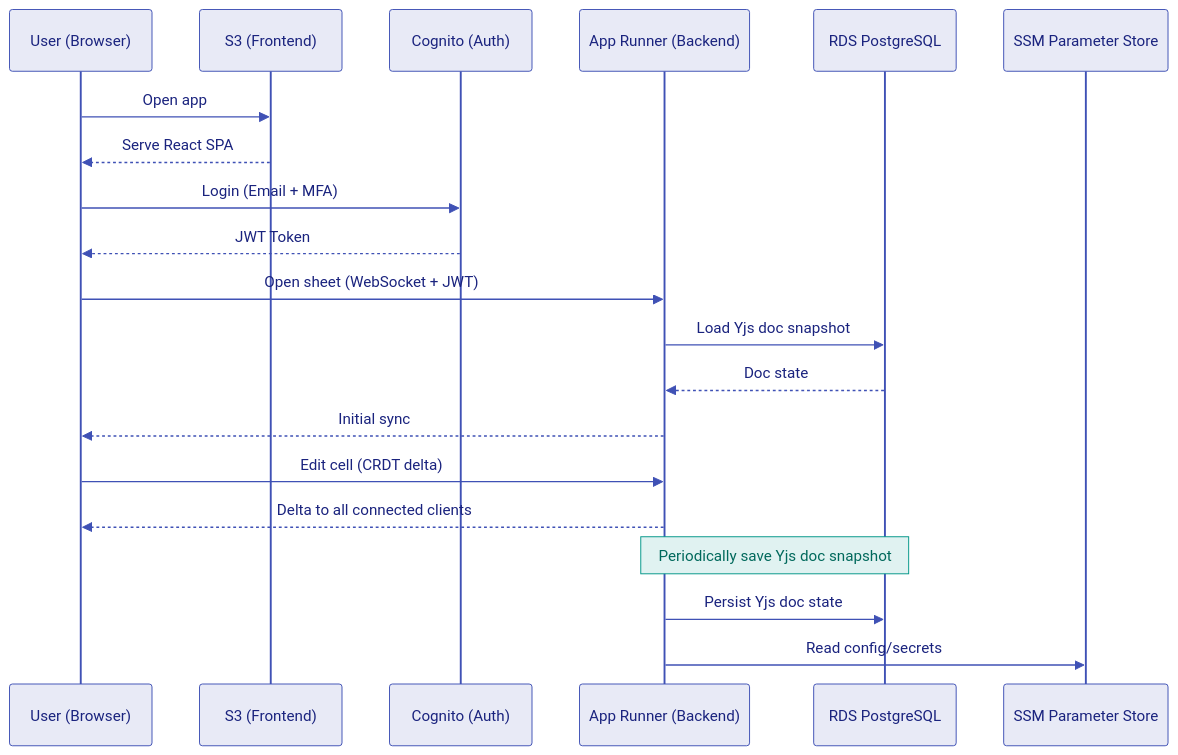
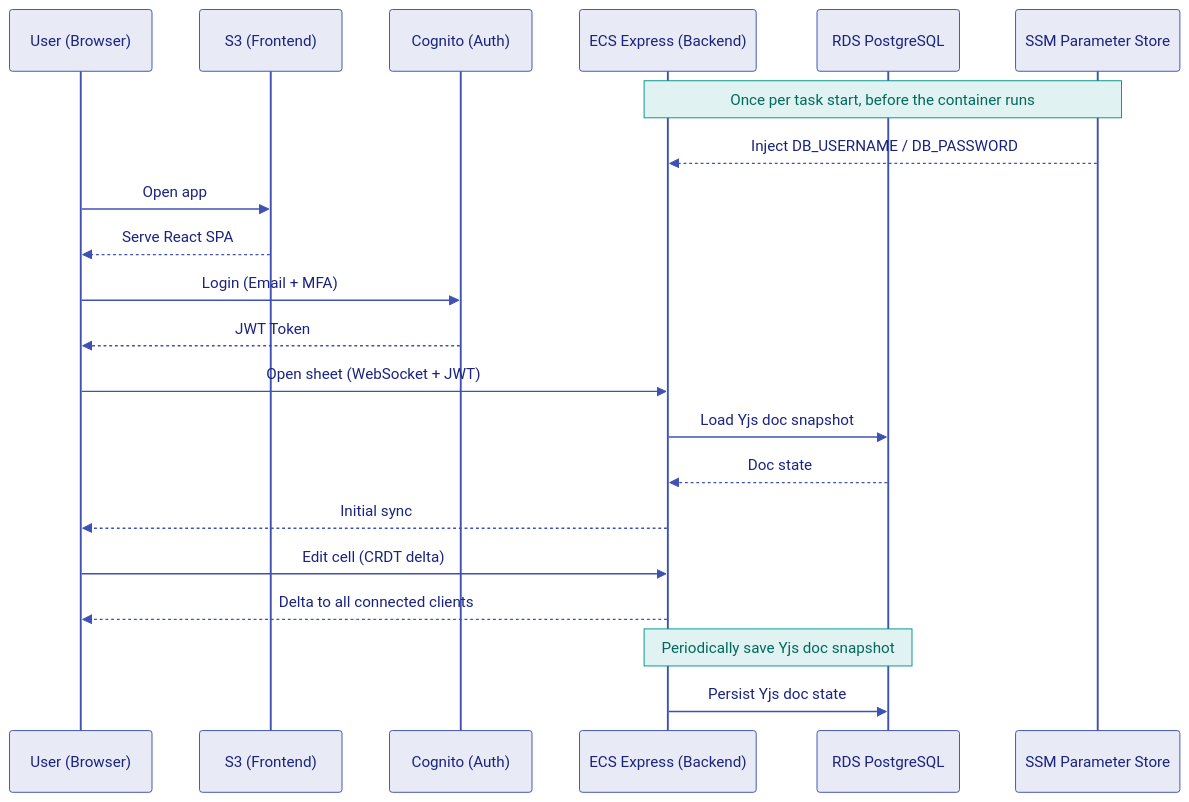
One commit to Jobonabas/CloudSheets changed the second of 3 diagrams in docs/architecture.md. Above: the diagram before and after it, drawn with Mermaid. The commit also changed other lines of this file and 2 other files, not shown here.

Commit message:
docs(infra): record the ssm parameter store credential flow #20

````diff
--- a/docs/architecture.md
+++ b/docs/architecture.md
@@ -65,45 +65,47 @@
 ```mermaid
 %%{init: {'theme': 'base', 'themeVariables': {
   'actorBkg': '#E8EAF6',
   'actorBorder': '#3F51B5',
   'actorTextColor': '#1A237E',
   'activationBkgColor': '#E0F2F1',
   'activationBorderColor': '#009688',
   'signalColor': '#3F51B5',
   'signalTextColor': '#1A237E',
   'noteBkgColor': '#E0F2F1',
   'noteBorderColor': '#009688',
   'noteTextColor': '#00695C',
   'sequenceNumberColor': '#FFFFFF',
   'labelBoxBkgColor': '#E8EAF6',
   'labelBoxBorderColor': '#3F51B5',
   'labelTextColor': '#1A237E',
   'loopTextColor': '#1A237E',
   'fontSize': '14px'
 }}}%%
 sequenceDiagram
     participant U as User (Browser)
     participant S3 as S3 (Frontend)
     participant C as Cognito (Auth)
-    participant AR as App Runner (Backend)
+    participant AR as ECS Express (Backend)
     participant DB as RDS PostgreSQL
     participant SSM as SSM Parameter Store
+
+    Note over AR,SSM: Once per task start, before the container runs
+    SSM-->>AR: Inject DB_USERNAME / DB_PASSWORD
 
     U->>S3: Open app
     S3-->>U: Serve React SPA
 
     U->>C: Login (Email + MFA)
     C-->>U: JWT Token
 
     U->>AR: Open sheet (WebSocket + JWT)
     AR->>DB: Load Yjs doc snapshot
     DB-->>AR: Doc state
     AR-->>U: Initial sync
 
     U->>AR: Edit cell (CRDT delta)
     AR-->>U: Delta to all connected clients
 
     Note over AR,DB: Periodically save Yjs doc snapshot
     AR->>DB: Persist Yjs doc state
-    AR->>SSM: Read config/secrets
 ```
````
